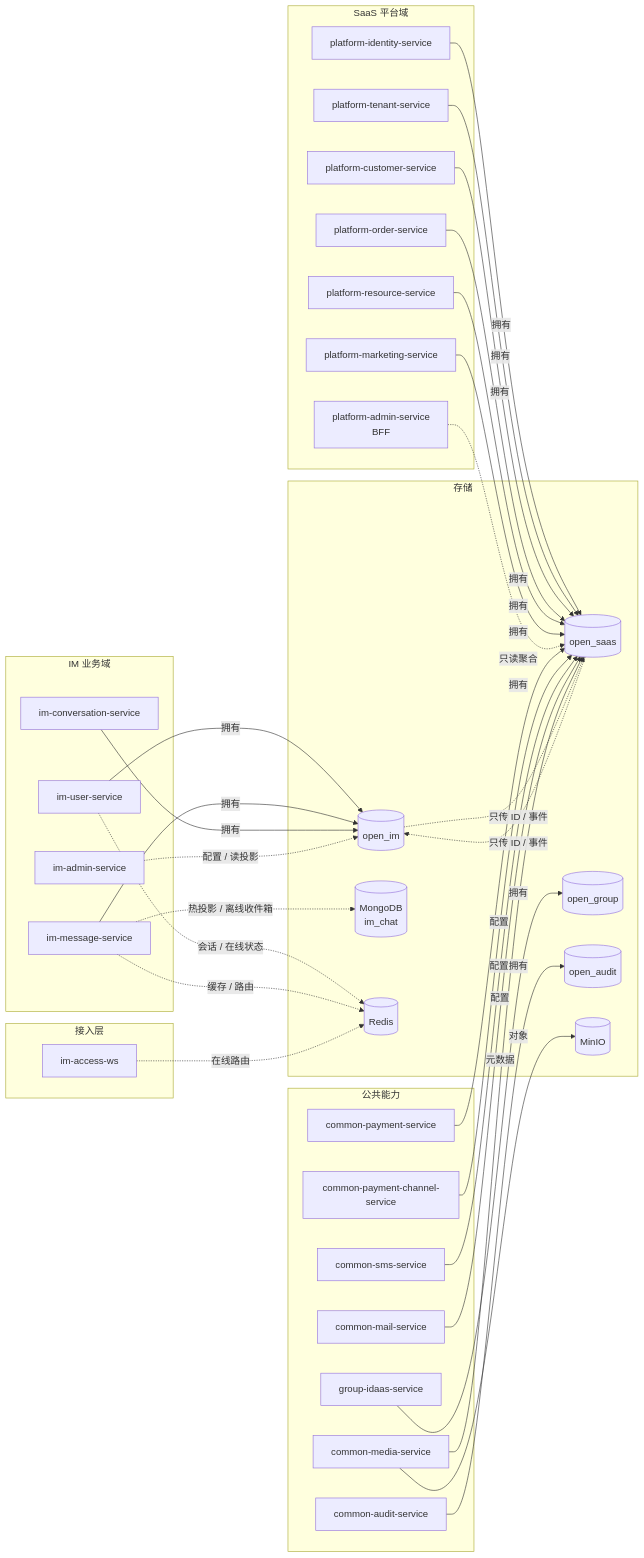
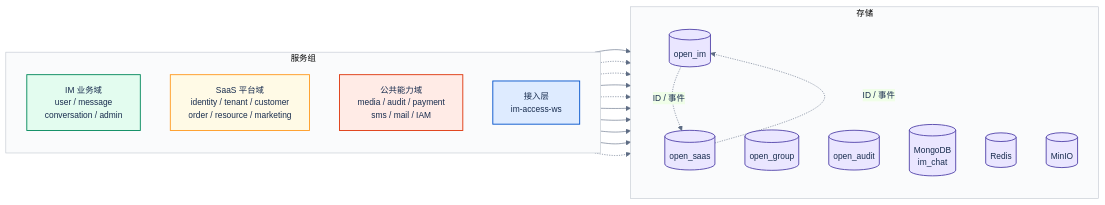
Before and after one commit to openware-io/open-im-server: the diagram in docs/20-architecture/diagrams/04-data-ownership.md, drawn with Mermaid. The commit also changed 17 other files, not shown here.

First line of the commit message:
docs(architecture): restyle the eight core diagrams with a shared visual language

````diff
--- a/docs/20-architecture/diagrams/04-data-ownership.md
+++ b/docs/20-architecture/diagrams/04-data-ownership.md
@@ -9,73 +9,43 @@
 ```mermaid
+%%{init: {"theme":"base","themeVariables":{"fontSize":"14px","primaryColor":"#E8F0FE","primaryTextColor":"#172B4D","primaryBorderColor":"#2563EB","lineColor":"#5E6C84","clusterBkg":"#FAFBFC","clusterBorder":"#C1C7D0"}}}%%
 flowchart LR
-  subgraph Edge["接入层"]
-    WS["im-access-ws"]
+  subgraph GROUPS["服务组"]
+    direction TB
+    IM["IM 业务域<br/>user / message<br/>conversation / admin"]
+    SAAS["SaaS 平台域<br/>identity / tenant / customer<br/>order / resource / marketing"]
+    SHARED["公共能力域<br/>media / audit / payment<br/>sms / mail / IAM"]
+    EDGE["接入层<br/>im-access-ws"]
   end
-
-  subgraph IM["IM 业务域"]
-    USER["im-user-service"]
-    MSG["im-message-service"]
-    CONV["im-conversation-service"]
-    IMADM["im-admin-service"]
-  end
-
-  subgraph SaaS["SaaS 平台域"]
-    ID["platform-identity-service"]
-    TEN["platform-tenant-service"]
-    CUS["platform-customer-service"]
-    ORD["platform-order-service"]
-    RES["platform-resource-service"]
-    MKT["platform-marketing-service"]
-    PADM["platform-admin-service<br/>BFF"]
-  end
-
-  subgraph Shared["公共能力"]
-    AUD["common-audit-service"]
-    MEDIA["common-media-service"]
-    PAY["common-payment-service"]
-    PAYCH["common-payment-channel-service"]
-    SMS["common-sms-service"]
-    MAIL["common-mail-service"]
-    IDAAS["group-idaas-service"]
-  end
-
-  subgraph Stores["存储"]
+  subgraph STORES["存储"]
+    direction TB
     IMDB[("open_im")]
     SADB[("open_saas")]
     GDB[("open_group")]
     ADB[("open_audit")]
     MONGO[("MongoDB<br/>im_chat")]
     REDIS[("Redis")]
     MINIO[("MinIO")]
   end
-
-  USER -->|"拥有"| IMDB
-  MSG -->|"拥有"| IMDB
-  CONV -->|"拥有"| IMDB
-  IMADM -.->|"配置 / 读投影"| IMDB
-
-  ID -->|"拥有"| SADB
-  TEN -->|"拥有"| SADB
-  CUS -->|"拥有"| SADB
-  ORD -->|"拥有"| SADB
-  RES -->|"拥有"| SADB
-  MKT -->|"拥有"| SADB
-  PADM -.->|"只读聚合"| SADB
-
-  AUD -->|"拥有"| ADB
-  IDAAS -->|"拥有"| GDB
-  PAY -->|"拥有"| SADB
-  PAYCH -->|"配置"| SADB
-  SMS -->|"配置"| SADB
-  MAIL -->|"配置"| SADB
-
-  MSG -.->|"热投影 / 离线收件箱"| MONGO
-  USER -.->|"会话 / 在线状态"| REDIS
-  MSG -.->|"缓存 / 路由"| REDIS
-  WS -.->|"在线路由"| REDIS
-  MEDIA -->|"元数据"| SADB
-  MEDIA -->|"对象"| MINIO
-
-  IMDB -.->|"只传 ID / 事件"| SADB
-  SADB -.->|"只传 ID / 事件"| IMDB
+  IM --> IMDB
+  IM -.-> MONGO
+  IM -.-> REDIS
+  SAAS --> SADB
+  SAAS -.-> REDIS
+  SHARED --> SADB
+  SHARED --> ADB
+  SHARED --> GDB
+  SHARED --> MINIO
+  EDGE -.-> REDIS
+  IMDB -.->|"ID / 事件"| SADB
+  SADB -.->|"ID / 事件"| IMDB
+  classDef im fill:#E3FCEF,stroke:#00875A,color:#172B4D,stroke-width:1.5px
+  classDef saas fill:#FFFAE6,stroke:#FF991F,color:#172B4D,stroke-width:1.5px
+  classDef shared fill:#FFEBE6,stroke:#DE350B,color:#172B4D,stroke-width:1.5px
+  classDef edge fill:#DEEBFF,stroke:#0052CC,color:#172B4D,stroke-width:1.5px
+  classDef store fill:#EAE6FF,stroke:#5243AA,color:#172B4D,stroke-width:1.5px
+  class IM im
+  class SAAS saas
+  class SHARED shared
+  class EDGE edge
+  class IMDB,SADB,GDB,ADB,MONGO,REDIS,MINIO store
 ```
````
